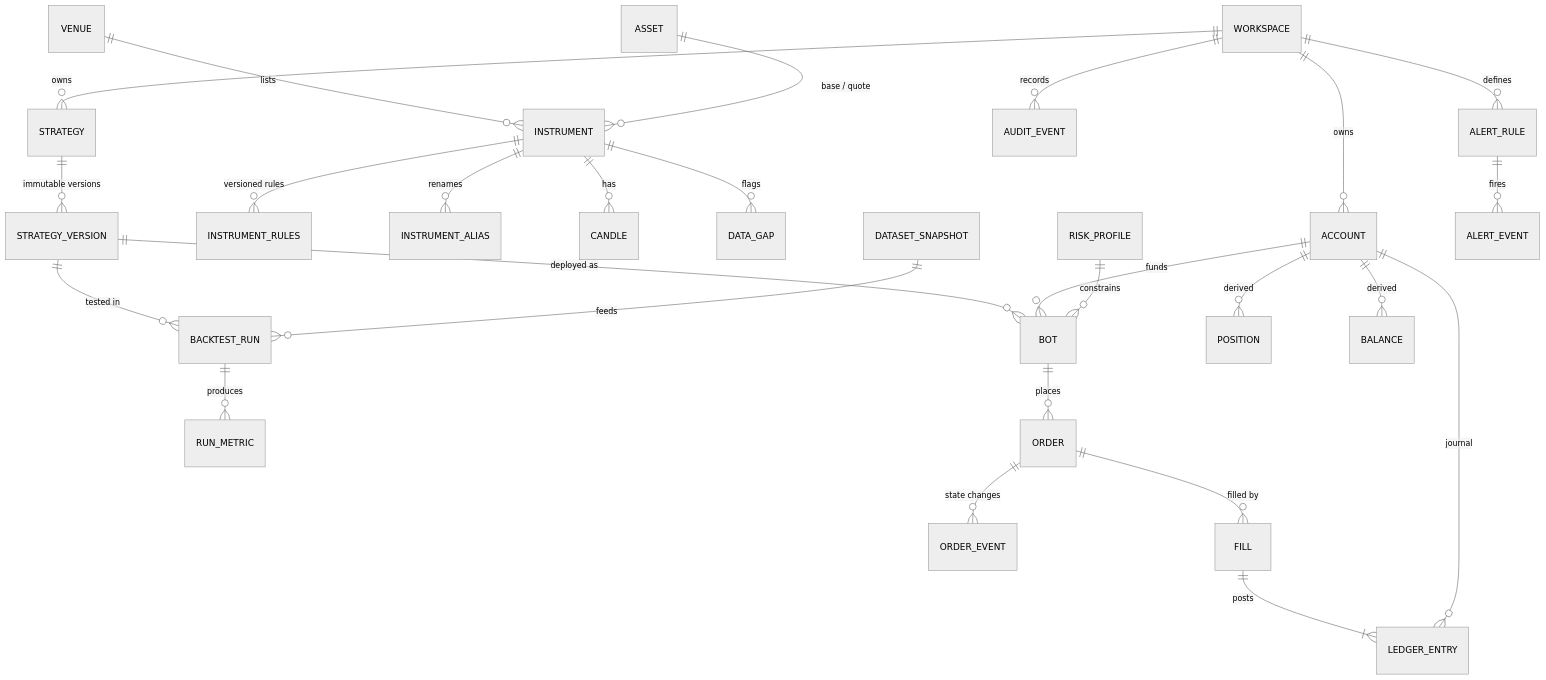
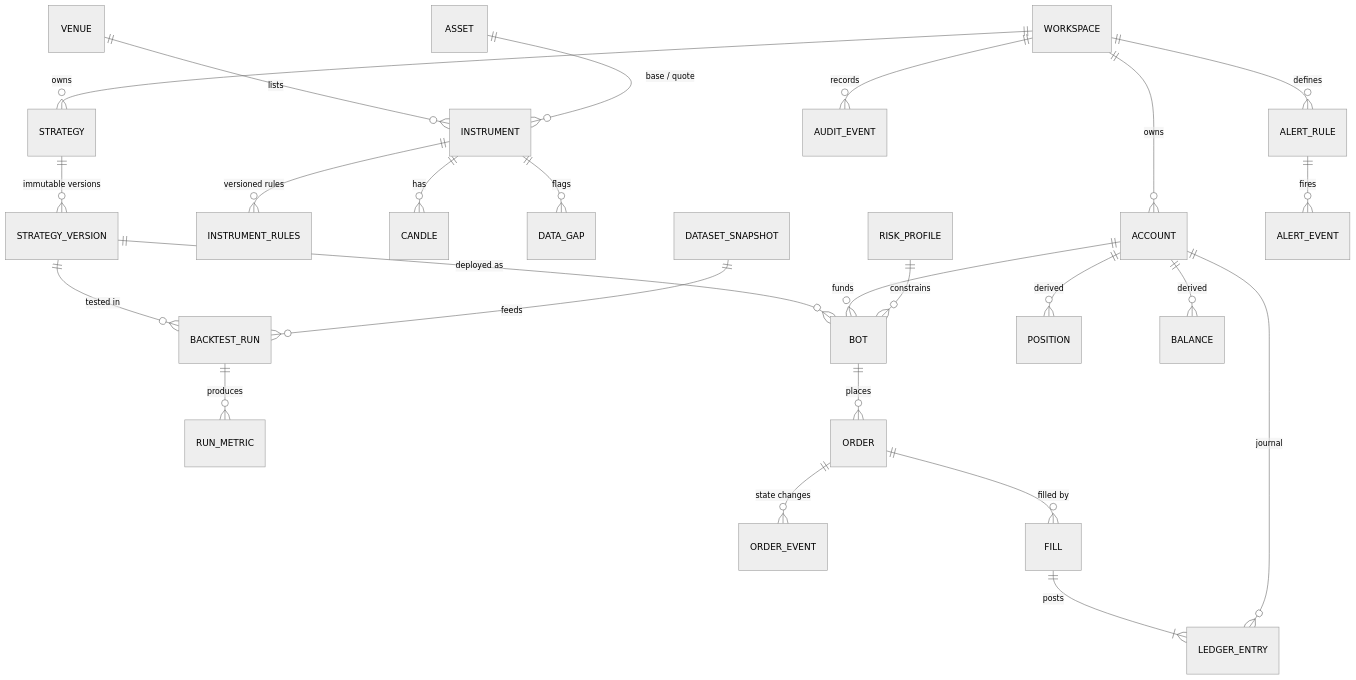
Before and after one commit to richiesomething/Ubik: the third of 3 diagrams in docs/planning/06-data-and-architecture.md, drawn with Mermaid (neutral theme). The commit also changed other lines of this file and 2 other files, not shown here.

````diff
--- a/docs/planning/06-data-and-architecture.md
+++ b/docs/planning/06-data-and-architecture.md
@@ -466,28 +443,27 @@
 ```mermaid
 erDiagram
   WORKSPACE ||--o{ ACCOUNT : owns
   WORKSPACE ||--o{ STRATEGY : owns
   WORKSPACE ||--o{ ALERT_RULE : defines
   WORKSPACE ||--o{ AUDIT_EVENT : records
   VENUE ||--o{ INSTRUMENT : lists
   ASSET ||--o{ INSTRUMENT : "base / quote"
   INSTRUMENT ||--o{ INSTRUMENT_RULES : "versioned rules"
-  INSTRUMENT ||--o{ INSTRUMENT_ALIAS : "renames"
   INSTRUMENT ||--o{ CANDLE : has
   INSTRUMENT ||--o{ DATA_GAP : flags
   STRATEGY ||--o{ STRATEGY_VERSION : "immutable versions"
   STRATEGY_VERSION ||--o{ BACKTEST_RUN : "tested in"
   DATASET_SNAPSHOT ||--o{ BACKTEST_RUN : feeds
   BACKTEST_RUN ||--o{ RUN_METRIC : produces
   STRATEGY_VERSION ||--o{ BOT : "deployed as"
   ACCOUNT ||--o{ BOT : funds
   RISK_PROFILE ||--o{ BOT : constrains
   BOT ||--o{ ORDER : places
   ORDER ||--o{ ORDER_EVENT : "state changes"
   ORDER ||--o{ FILL : "filled by"
   FILL ||--|{ LEDGER_ENTRY : posts
   ACCOUNT ||--o{ LEDGER_ENTRY : journal
   ACCOUNT ||--o{ POSITION : derived
   ACCOUNT ||--o{ BALANCE : derived
   ALERT_RULE ||--o{ ALERT_EVENT : fires
 ```
````
